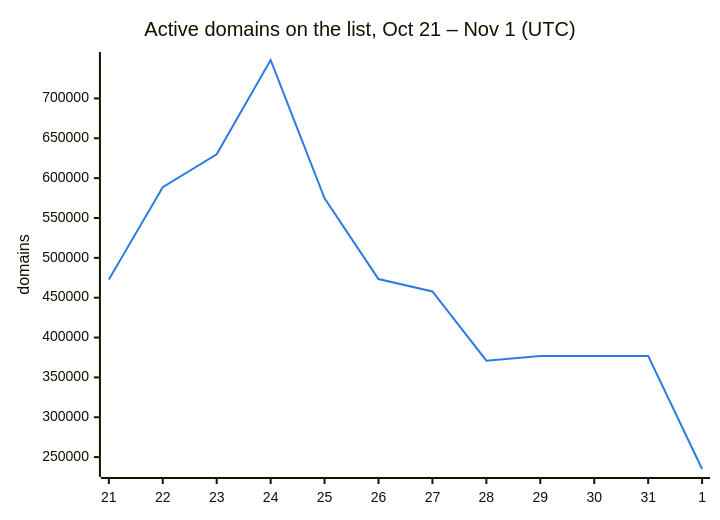
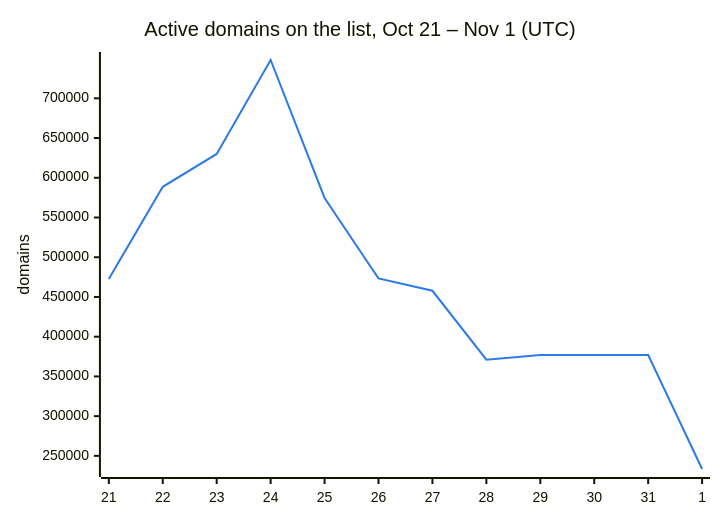
The second of 3 diagrams in README.md (DNSBunker/CTI), drawn with Mermaid before and after one commit. The commit also changed other lines of this file and 3 other files, not shown here.

````diff
--- a/README.md
+++ b/README.md
@@ -38,8 +38,8 @@
 ```mermaid
 %%{init: {"themeVariables": {"xyChart": {"plotColorPalette": "#2c7be5"}}}}%%
 xychart-beta
     title "Active domains on the list, Oct 21 – Nov 1 (UTC)"
     x-axis ["21", "22", "23", "24", "25", "26", "27", "28", "29", "30", "31", "1"]
     y-axis "domains"
-    line [472713, 588659, 629951, 748222, 574614, 473331, 457795, 371010, 376945, 376945, 376945, 235067]
+    line [472713, 588659, 629951, 748222, 574614, 473331, 457795, 371010, 376945, 376945, 376945, 233468]
 ```
````
